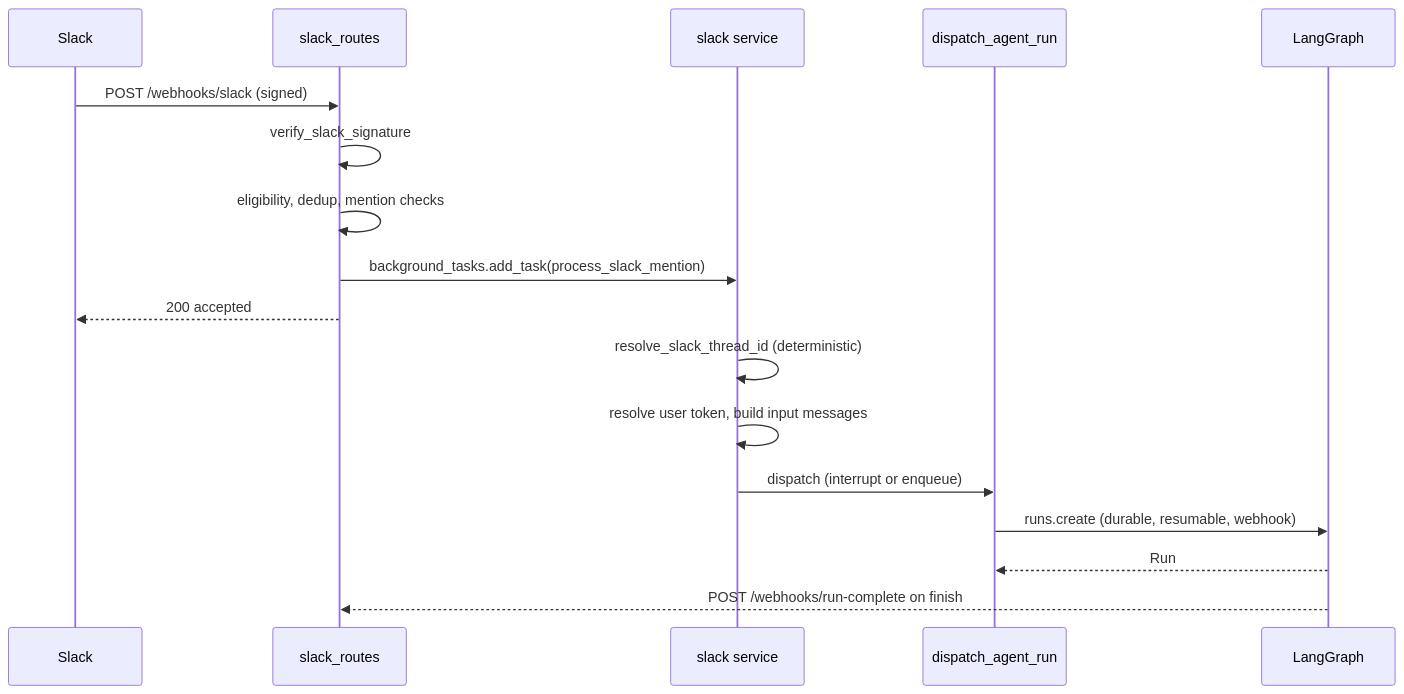
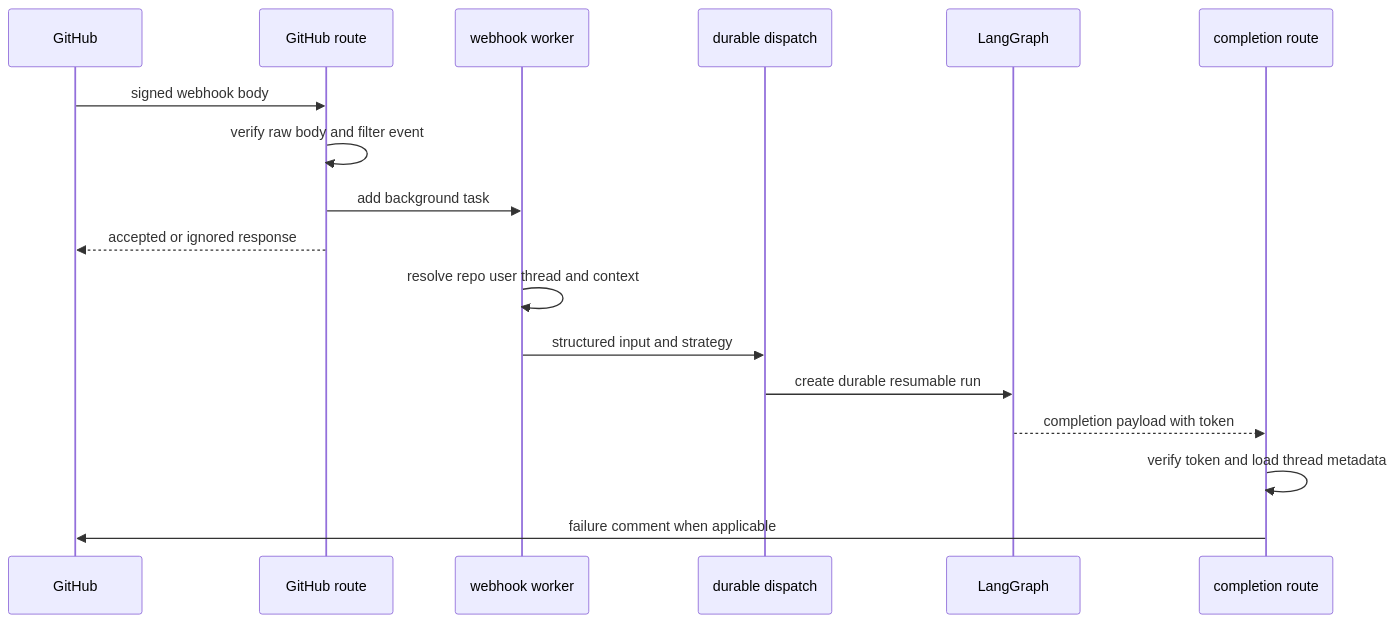
One commit to langchain-ai/open-swe changed the diagram in openwiki/workflows/invocation.md. Above: the diagram before and after it, drawn with Mermaid. The commit also changed other lines of this file and 52 other files, not shown here.

````diff
--- a/openwiki/workflows/invocation.md
+++ b/openwiki/workflows/invocation.md
@@ -73,20 +49,20 @@
 ```mermaid
 sequenceDiagram
-    participant Slack
-    participant Route as slack_routes
-    participant Svc as slack service
-    participant Dispatch as dispatch_agent_run
+    participant GH as GitHub
+    participant Route as GitHub route
+    participant Worker as webhook worker
+    participant Dispatch as durable dispatch
     participant LG as LangGraph
+    participant Complete as completion route
 
-    Slack->>Route: POST /webhooks/slack (signed)
-    Route->>Route: verify_slack_signature
-    Route->>Route: eligibility, dedup, mention checks
-    Route->>Svc: background_tasks.add_task(process_slack_mention)
-    Route-->>Slack: 200 accepted
-    Svc->>Svc: resolve_slack_thread_id (deterministic)
-    Svc->>Svc: resolve user token, build input messages
-    Svc->>Dispatch: dispatch (interrupt or enqueue)
-    Dispatch->>LG: runs.create (durable, resumable, webhook)
-    LG-->>Dispatch: Run
-    LG-->>Route: POST /webhooks/run-complete on finish
+    GH->>Route: signed webhook body
+    Route->>Route: verify raw body and filter event
+    Route->>Worker: add background task
+    Route-->>GH: accepted or ignored response
+    Worker->>Worker: resolve repo user thread and context
+    Worker->>Dispatch: structured input and strategy
+    Dispatch->>LG: create durable resumable run
+    LG-->>Complete: completion payload with token
+    Complete->>Complete: verify token and load thread metadata
+    Complete->>GH: failure comment when applicable
 ```
````
